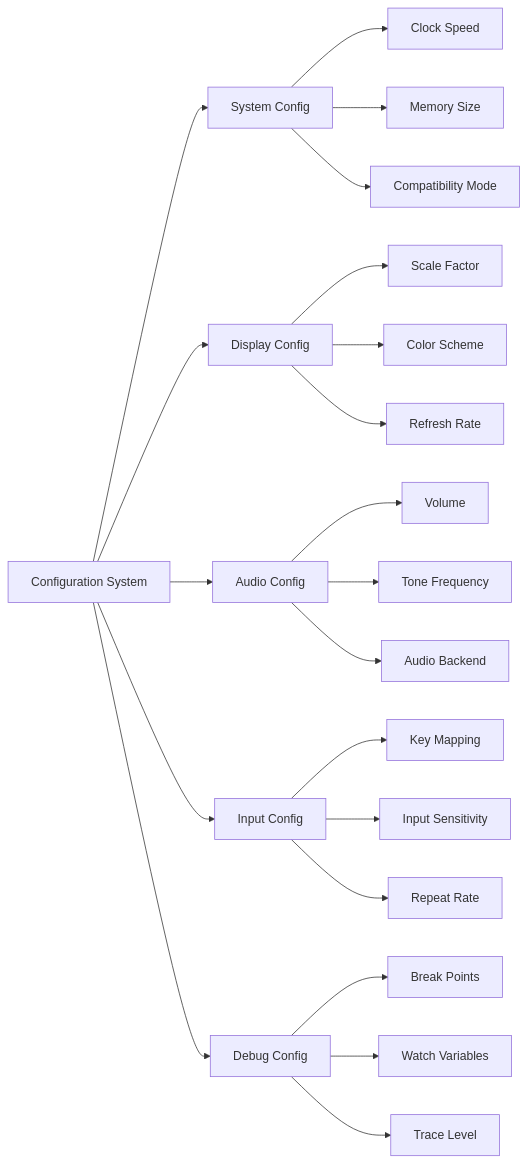
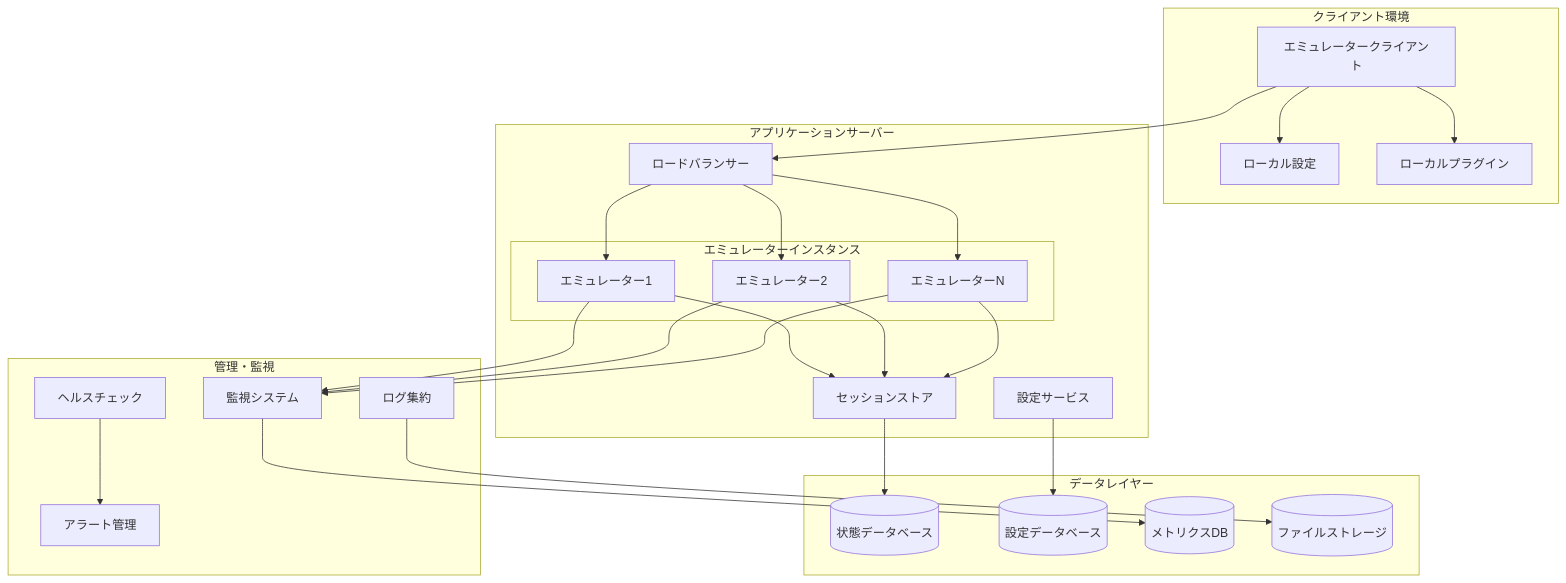
Diagram 12 of 14 in docs/explanation/02-architecture-design.md (takeokunn/cl-chip8), drawn with Mermaid before and after one commit. The commit also changed other lines of this file and 27 other files, not shown here.

````diff
--- a/docs/explanation/02-architecture-design.md
+++ b/docs/explanation/02-architecture-design.md
@@ -385,28 +1064,58 @@
 ```mermaid
-graph LR
-    A[Configuration System] --> B[System Config]
-    A --> C[Display Config]
-    A --> D[Audio Config]
-    A --> E[Input Config]
-    A --> F[Debug Config]
+graph TB
+    subgraph "クライアント環境"
+        Client[エミュレータークライアント]
+        LocalConfig[ローカル設定]
+        LocalPlugins[ローカルプラグイン]
+    end
 
-    B --> B1[Clock Speed]
-    B --> B2[Memory Size]
-    B --> B3[Compatibility Mode]
+    subgraph "アプリケーションサーバー"
+        LoadBalancer[ロードバランサー]
 
-    C --> C1[Scale Factor]
-    C --> C2[Color Scheme]
-    C --> C3[Refresh Rate]
+        subgraph "エミュレーターインスタンス"
+            Emu1[エミュレーター1]
+            Emu2[エミュレーター2]
+            Emu3[エミュレーターN]
+        end
 
-    D --> D1[Volume]
-    D --> D2[Tone Frequency]
-    D --> D3[Audio Backend]
+        SessionStore[セッションストア]
+        ConfigService[設定サービス]
+    end
 
-    E --> E1[Key Mapping]
-    E --> E2[Input Sensitivity]
-    E --> E3[Repeat Rate]
+    subgraph "データレイヤー"
+        StateDB[(状態データベース)]
+        ConfigDB[(設定データベース)]
+        MetricsDB[(メトリクスDB)]
+        FileStorage[(ファイルストレージ)]
+    end
 
-    F --> F1[Break Points]
-    F --> F2[Watch Variables]
-    F --> F3[Trace Level]
+    subgraph "管理・監視"
+        Monitor[監視システム]
+        LogAggregator[ログ集約]
+        AlertManager[アラート管理]
+        HealthCheck[ヘルスチェック]
+    end
+
+    Client --> LoadBalancer
+    Client --> LocalConfig
+    Client --> LocalPlugins
+
+    LoadBalancer --> Emu1
+    LoadBalancer --> Emu2
+    LoadBalancer --> Emu3
+
+    Emu1 --> SessionStore
+    Emu2 --> SessionStore
+    Emu3 --> SessionStore
+
+    SessionStore --> StateDB
+    ConfigService --> ConfigDB
+
+    Emu1 --> Monitor
+    Emu2 --> Monitor
+    Emu3 --> Monitor
+
+    Monitor --> MetricsDB
+    LogAggregator --> FileStorage
+    HealthCheck --> AlertManager
 ```
````
